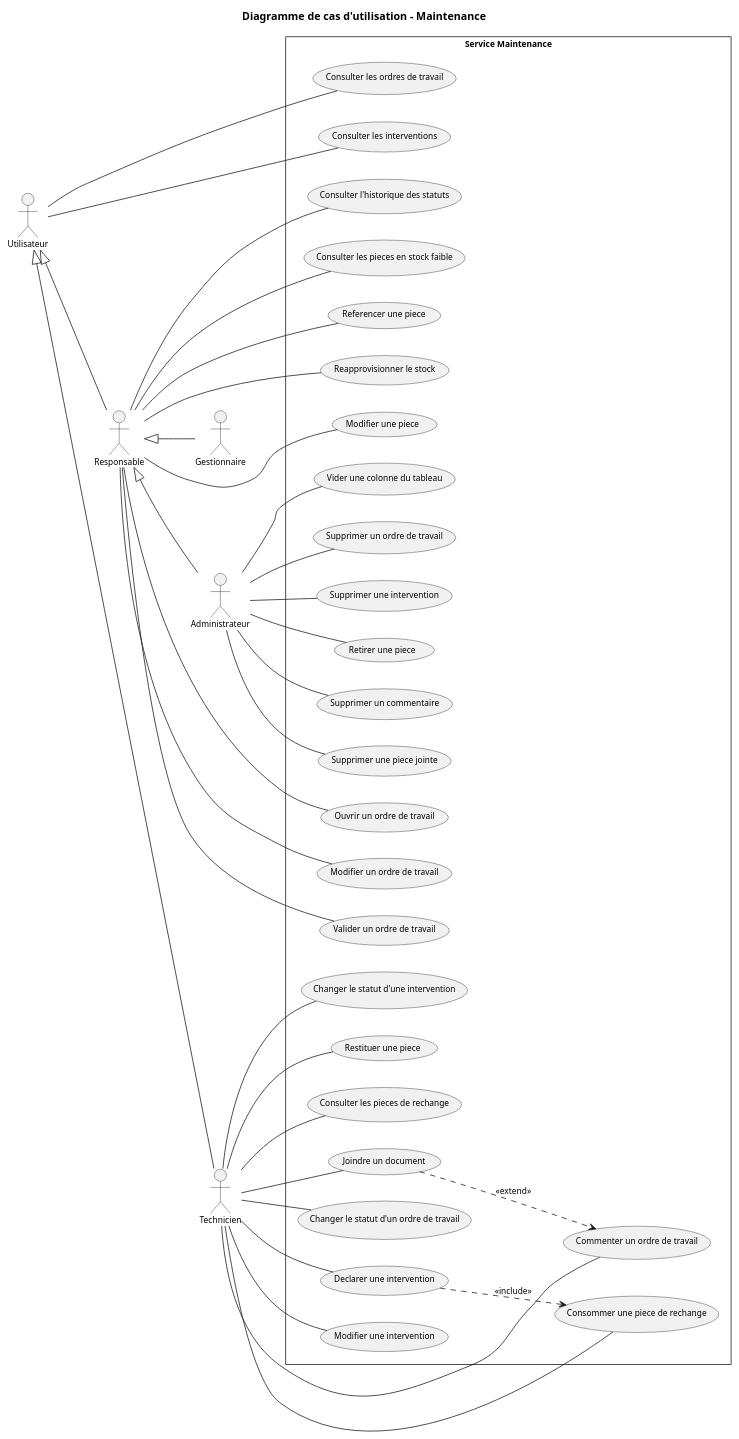
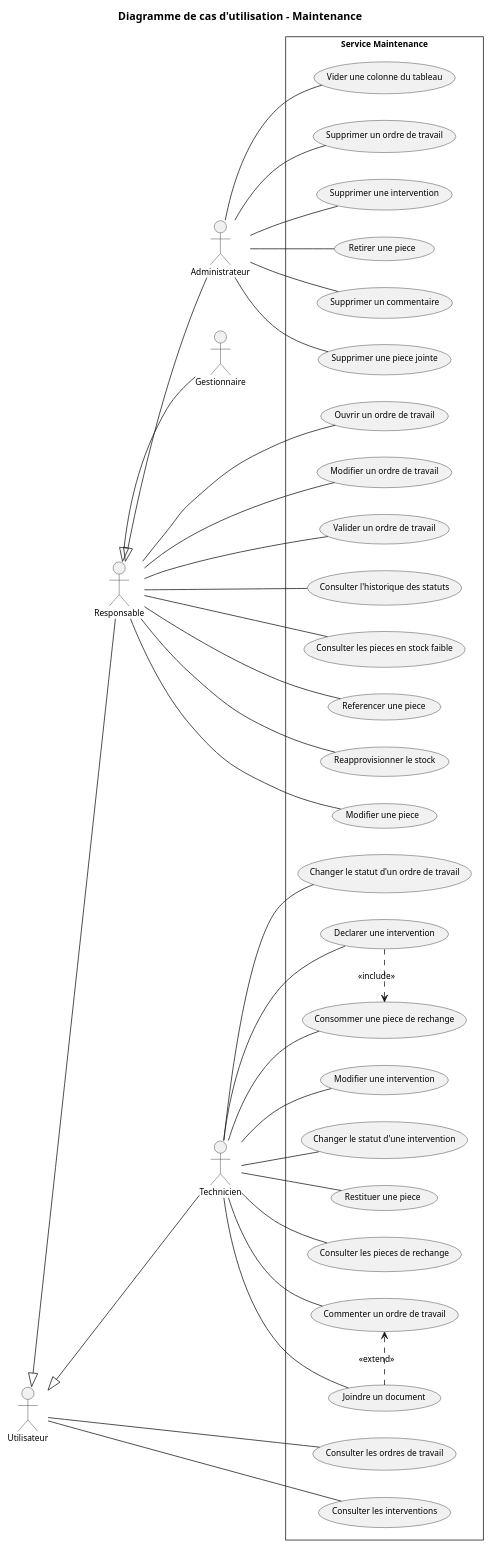
Before and after one commit to saber-barhoumi/Xpark-gmao: the diagram in docs/diagrams/microservices/Maintenance/Maintenance-usecase.puml, drawn with PlantUML. The commit also changed 23 other files, not shown here.

First line of the commit message:
docs(uml): mise en page des cas d'utilisation et des communications

```diff
--- a/docs/diagrams/microservices/Maintenance/Maintenance-usecase.puml
+++ b/docs/diagrams/microservices/Maintenance/Maintenance-usecase.puml
@@ -1,82 +1,85 @@
 @startuml
 skinparam style strictuml
 skinparam packageStyle rectangle
 skinparam shadowing false
 skinparam defaultFontName Verdana
 skinparam defaultFontSize 11
 skinparam backgroundColor #FFFFFF
 left to right direction
 
 title Diagramme de cas d'utilisation - Maintenance
 
-' Acteurs principaux (a gauche)
+' Acteurs principaux, empiles verticalement a gauche
 actor "Utilisateur" as Utilisateur
 actor "Responsable" as Responsable
 actor "Administrateur" as Administrateur
 actor "Gestionnaire" as Gestionnaire
 actor "Technicien" as Technicien
 
-Utilisateur <|-- Responsable
-Responsable <|-- Administrateur
-Responsable <|-- Gestionnaire
-Utilisateur <|-- Technicien
+' Generalisation : triangle creux, de l'enfant vers le parent
+Administrateur -up-|> Responsable
+Gestionnaire -up-|> Responsable
+Responsable -up-|> Utilisateur
+Technicien -up-|> Utilisateur
 
 rectangle "Service Maintenance" {
   usecase "Consulter les ordres de travail" as UC_Consulter_les_ordres_de_travail
+  usecase "Consulter les interventions" as UC_Consulter_les_interventions
   usecase "Ouvrir un ordre de travail" as UC_Ouvrir_un_ordre_de_travail
   usecase "Modifier un ordre de travail" as UC_Modifier_un_ordre_de_travail
   usecase "Valider un ordre de travail" as UC_Valider_un_ordre_de_travail
-  usecase "Changer le statut d'un ordre de travail" as UC_Changer_le_statut_d_un_ordre_de_tr
   usecase "Consulter l'historique des statuts" as UC_Consulter_l_historique_des_statuts
-  usecase "Vider une colonne du tableau" as UC_Vider_une_colonne_du_tableau
-  usecase "Supprimer un ordre de travail" as UC_Supprimer_un_ordre_de_travail
-  usecase "Consulter les interventions" as UC_Consulter_les_interventions
-  usecase "Declarer une intervention" as UC_Declarer_une_intervention
-  usecase "Modifier une intervention" as UC_Modifier_une_intervention
-  usecase "Changer le statut d'une intervention" as UC_Changer_le_statut_d_une_interventi
-  usecase "Consommer une piece de rechange" as UC_Consommer_une_piece_de_rechange
-  usecase "Restituer une piece" as UC_Restituer_une_piece
-  usecase "Supprimer une intervention" as UC_Supprimer_une_intervention
-  usecase "Consulter les pieces de rechange" as UC_Consulter_les_pieces_de_rechange
   usecase "Consulter les pieces en stock faible" as UC_Consulter_les_pieces_en_stock_faib
   usecase "Referencer une piece" as UC_Referencer_une_piece
   usecase "Reapprovisionner le stock" as UC_Reapprovisionner_le_stock
   usecase "Modifier une piece" as UC_Modifier_une_piece
+  usecase "Vider une colonne du tableau" as UC_Vider_une_colonne_du_tableau
+  usecase "Supprimer un ordre de travail" as UC_Supprimer_un_ordre_de_travail
+  usecase "Supprimer une intervention" as UC_Supprimer_une_intervention
   usecase "Retirer une piece" as UC_Retirer_une_piece
+  usecase "Supprimer un commentaire" as UC_Supprimer_un_commentaire
+  usecase "Supprimer une piece jointe" as UC_Supprimer_une_piece_jointe
+  usecase "Changer le statut d'un ordre de travail" as UC_Changer_le_statut_d_un_ordre_de_tr
+  usecase "Declarer une intervention" as UC_Declarer_une_intervention
+  usecase "Consommer une piece de rechange" as UC_Consommer_une_piece_de_rechange
+  usecase "Modifier une intervention" as UC_Modifier_une_intervention
+  usecase "Changer le statut d'une intervention" as UC_Changer_le_statut_d_une_interventi
+  usecase "Restituer une piece" as UC_Restituer_une_piece
+  usecase "Consulter les pieces de rechange" as UC_Consulter_les_pieces_de_rechange
   usecase "Commenter un ordre de travail" as UC_Commenter_un_ordre_de_travail
   usecase "Joindre un document" as UC_Joindre_un_document
-  usecase "Supprimer un commentaire" as UC_Supprimer_un_commentaire
-  usecase "Supprimer une piece jointe" as UC_Supprimer_une_piece_jointe
 }
 
-' Associations : trait continu sans fleche (UML : relation d'association)
+' Associations : trait continu sans fleche (relation d'association)
+Utilisateur -- UC_Consulter_les_ordres_de_travail
 Utilisateur -- UC_Consulter_les_interventions
-Utilisateur -- UC_Consulter_les_ordres_de_travail
+Responsable -- UC_Ouvrir_un_ordre_de_travail
+Responsable -- UC_Modifier_un_ordre_de_travail
+Responsable -- UC_Valider_un_ordre_de_travail
 Responsable -- UC_Consulter_l_historique_des_statuts
 Responsable -- UC_Consulter_les_pieces_en_stock_faib
-Responsable -- UC_Modifier_un_ordre_de_travail
+Responsable -- UC_Referencer_une_piece
+Responsable -- UC_Reapprovisionner_le_stock
 Responsable -- UC_Modifier_une_piece
-Responsable -- UC_Ouvrir_un_ordre_de_travail
-Responsable -- UC_Reapprovisionner_le_stock
-Responsable -- UC_Referencer_une_piece
-Responsable -- UC_Valider_un_ordre_de_travail
+Administrateur -- UC_Vider_une_colonne_du_tableau
+Administrateur -- UC_Supprimer_un_ordre_de_travail
+Administrateur -- UC_Supprimer_une_intervention
 Administrateur -- UC_Retirer_une_piece
 Administrateur -- UC_Supprimer_un_commentaire
-Administrateur -- UC_Supprimer_un_ordre_de_travail
-Administrateur -- UC_Supprimer_une_intervention
 Administrateur -- UC_Supprimer_une_piece_jointe
-Administrateur -- UC_Vider_une_colonne_du_tableau
 Technicien -- UC_Changer_le_statut_d_un_ordre_de_tr
+Technicien -- UC_Declarer_une_intervention
+Technicien -- UC_Consommer_une_piece_de_rechange
+Technicien -- UC_Modifier_une_intervention
 Technicien -- UC_Changer_le_statut_d_une_interventi
+Technicien -- UC_Restituer_une_piece
+Technicien -- UC_Consulter_les_pieces_de_rechange
 Technicien -- UC_Commenter_un_ordre_de_travail
-Technicien -- UC_Consommer_une_piece_de_rechange
-Technicien -- UC_Consulter_les_pieces_de_rechange
-Technicien -- UC_Declarer_une_intervention
 Technicien -- UC_Joindre_un_document
-Technicien -- UC_Modifier_une_intervention
-Technicien -- UC_Restituer_une_piece
 
-UC_Declarer_une_intervention ..> UC_Consommer_une_piece_de_rechange : << include >>
-UC_Joindre_un_document ..> UC_Commenter_un_ordre_de_travail : << extend >>
+' << include >> : du cas de base vers le cas obligatoire
+UC_Declarer_une_intervention .[norank].> UC_Consommer_une_piece_de_rechange : << include >>
+' << extend >> : du cas optionnel vers le cas de base
+UC_Joindre_un_document .[norank].> UC_Commenter_un_ordre_de_travail : << extend >>
 
 @enduml
```
